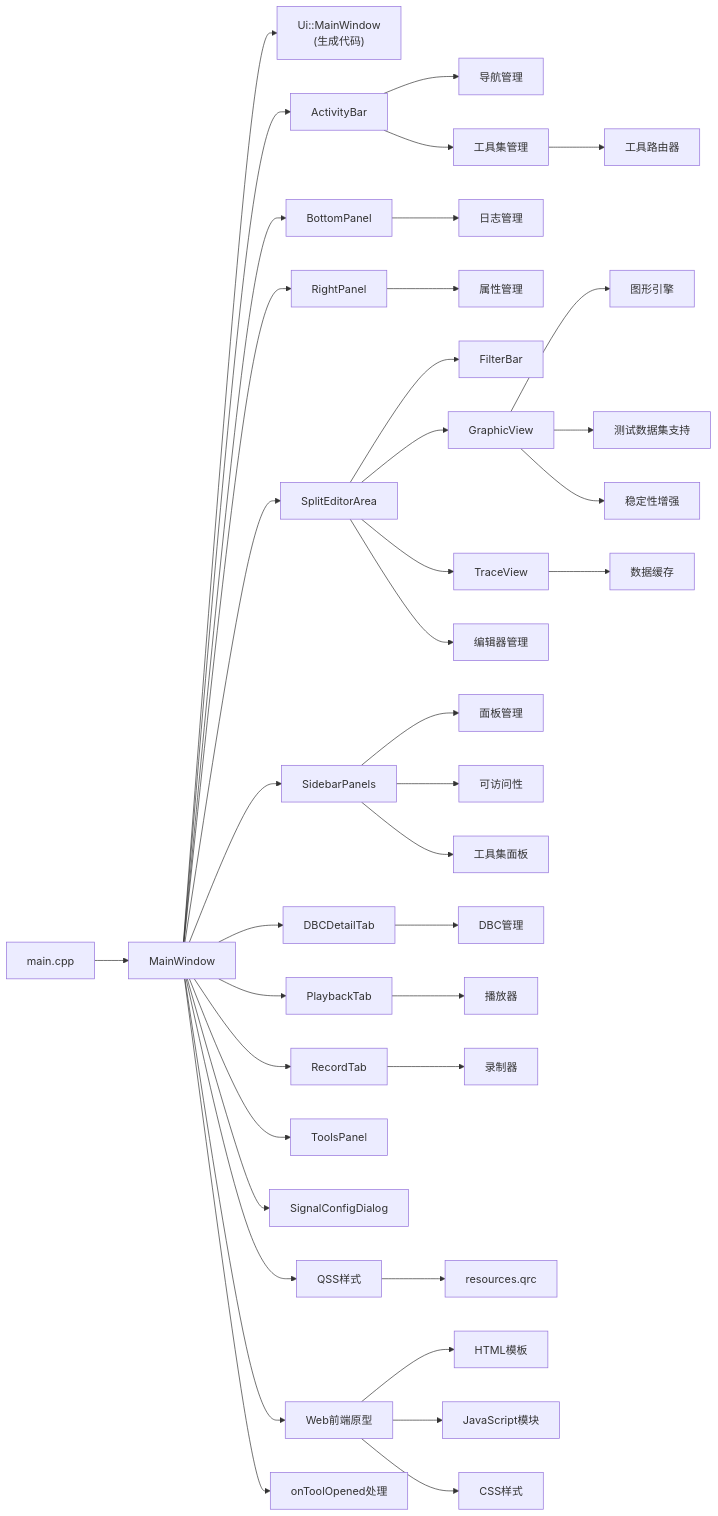
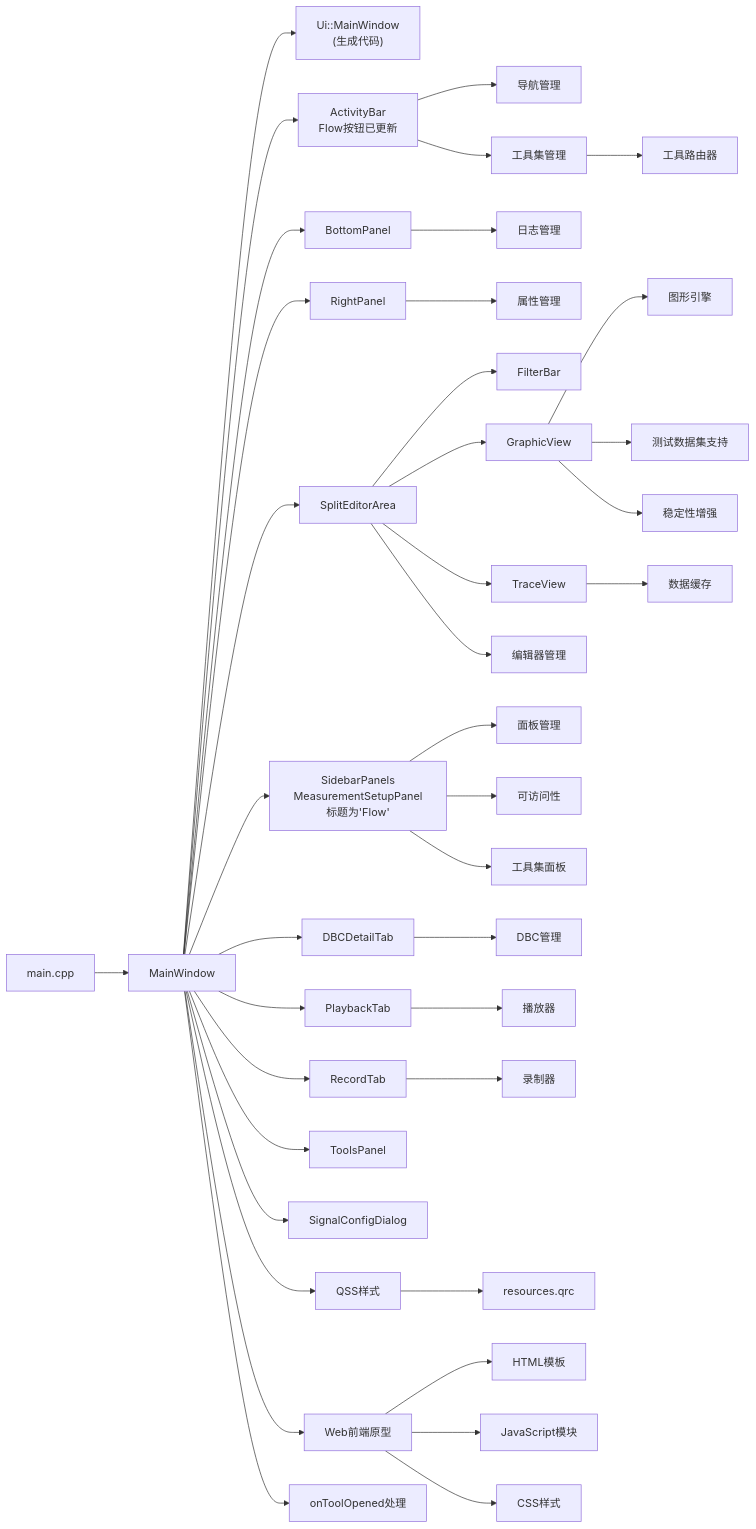
Diagram 19 of 19 in .qoder/repowiki/zh/content/架构设计/UI系统设计/UI系统设计.md (jakecai1225-design/OpenBus), drawn with Mermaid before and after one commit. The commit also changed other lines of this file and 5 other files, not shown here.

````diff
--- a/.qoder/repowiki/zh/content/架构设计/UI系统设计/UI系统设计.md
+++ b/.qoder/repowiki/zh/content/架构设计/UI系统设计/UI系统设计.md
@@ -1214,41 +1217,41 @@
 ```mermaid
 graph LR
 Main["main.cpp"] --> MW["MainWindow"]
 MW --> UI["Ui::MainWindow<br/>(生成代码)"]
-MW --> AB["ActivityBar"]
+MW --> AB["ActivityBar<br/>Flow按钮已更新"]
 MW --> BP["BottomPanel"]
 MW --> RP["RightPanel"]
 MW --> SEA["SplitEditorArea"]
-MW --> SBP["SidebarPanels"]
+MW --> SBP["SidebarPanels<br/>MeasurementSetupPanel标题为'Flow'"]
 MW --> DBCT["DBCDetailTab"]
 MW --> PB["PlaybackTab"]
 MW --> RT["RecordTab"]
 MW --> TP["ToolsPanel"]
 SEA --> FB["FilterBar"]
 SEA --> GV["GraphicView"]
 SEA --> TV["TraceView"]
 MW --> SCD["SignalConfigDialog"]
 MW --> QSS["QSS样式"]
 QSS --> QRC["resources.qrc"]
 AB --> Navigation["导航管理"]
 BP --> Logging["日志管理"]
 RP --> Properties["属性管理"]
 SEA --> Editors["编辑器管理"]
 SBP --> Panels["面板管理"]
 DBCT --> DBC["DBC管理"]
 PB --> Player["播放器"]
 RT --> Recorder["录制器"]
 MW --> Web["Web前端原型"]
 Web --> HTML["HTML模板"]
 Web --> JS["JavaScript模块"]
 Web --> CSS["CSS样式"]
 GV --> Graphics["图形引擎"]
 GV --> TestData["测试数据集支持"]
 TV --> DataCache["数据缓存"]
 SBP --> Accessibility["可访问性"]
 GV --> Stability["稳定性增强"]
 AB --> Tools["工具集管理"]
 SBP --> ToolsPanel["工具集面板"]
 Tools --> ToolRouter["工具路由器"]
 MW --> ToolHandler["onToolOpened处理"]
 ```
````
